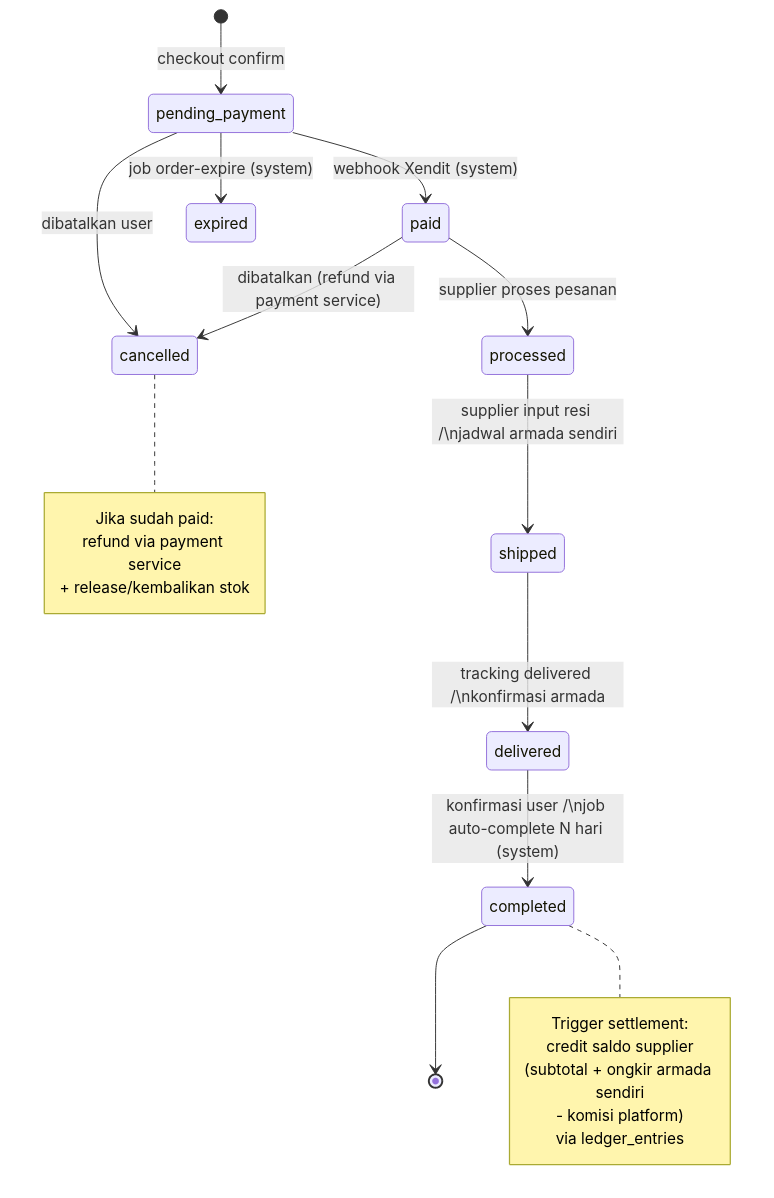
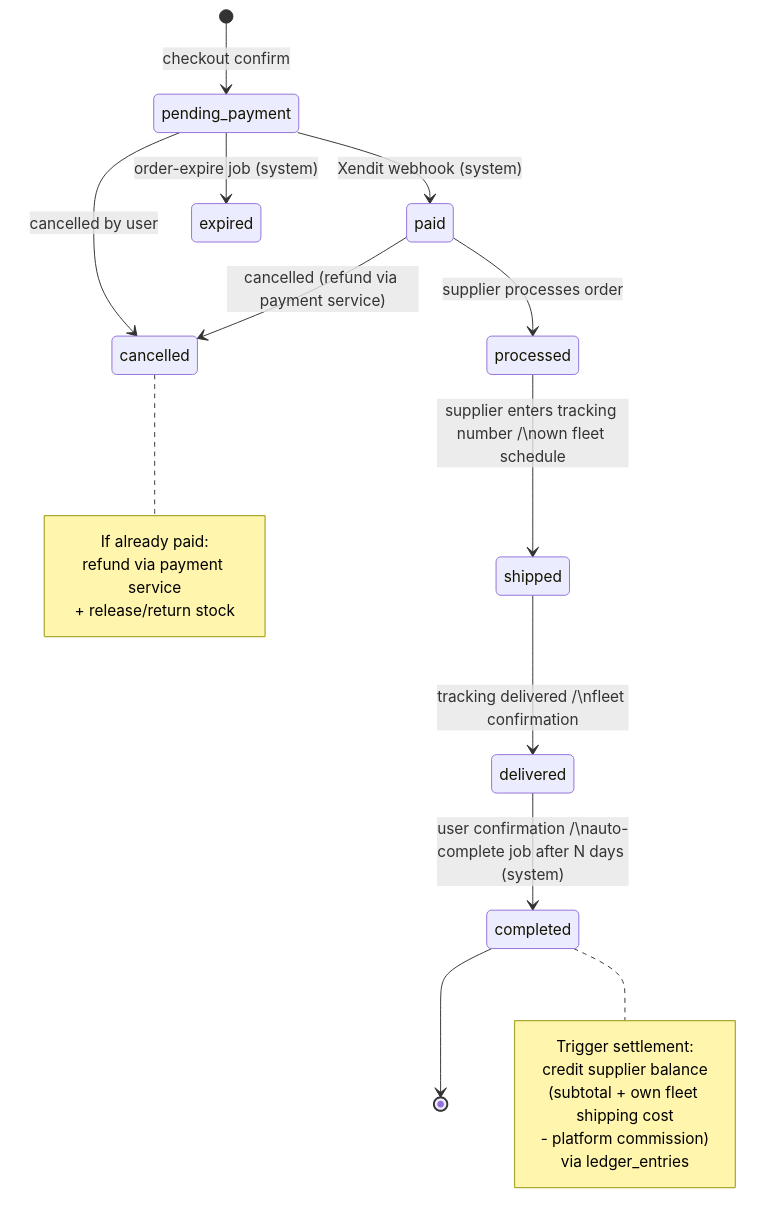
The seventh of 10 diagrams in docs/erd.md (erdinhrmwn/bangunin-project), drawn with Mermaid before and after one commit. The commit also changed other lines of this file and 6 other files, not shown here.

````diff
--- a/docs/erd.md
+++ b/docs/erd.md
@@ -440,27 +440,27 @@
 ```mermaid
 stateDiagram-v2
     [*] --> pending_payment : checkout confirm
-    pending_payment --> paid : webhook Xendit (system)
-    pending_payment --> expired : job order-expire (system)
-    pending_payment --> cancelled : dibatalkan user
-    paid --> processed : supplier proses pesanan
-    paid --> cancelled : dibatalkan (refund via payment service)
-    processed --> shipped : supplier input resi /\njadwal armada sendiri
-    shipped --> delivered : tracking delivered /\nkonfirmasi armada
-    delivered --> completed : konfirmasi user /\njob auto-complete N hari (system)
+    pending_payment --> paid : Xendit webhook (system)
+    pending_payment --> expired : order-expire job (system)
+    pending_payment --> cancelled : cancelled by user
+    paid --> processed : supplier processes order
+    paid --> cancelled : cancelled (refund via payment service)
+    processed --> shipped : supplier enters tracking number /\nown fleet schedule
+    shipped --> delivered : tracking delivered /\nfleet confirmation
+    delivered --> completed : user confirmation /\nauto-complete job after N days (system)
     completed --> [*]
 
     note right of completed
         Trigger settlement:
-        credit saldo supplier
-        (subtotal + ongkir armada sendiri
-        - komisi platform)
+        credit supplier balance
+        (subtotal + own fleet shipping cost
+        - platform commission)
         via ledger_entries
     end note
 
     note right of cancelled
-        Jika sudah paid:
+        If already paid:
         refund via payment service
-        + release/kembalikan stok
+        + release/return stock
     end note
 ```
````
